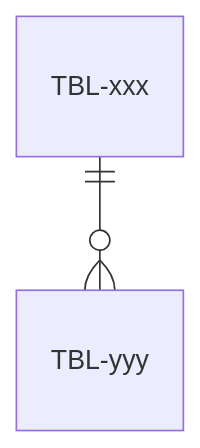
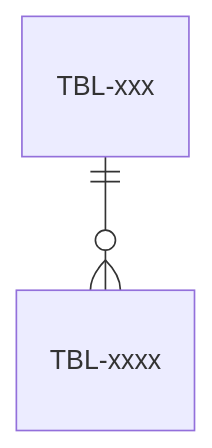
The diagram in families/design-system/design-architecture/templates/07-data/databases/{db}/erd.md (tankhangkm12/Thanh-Tan), drawn with Mermaid before and after one commit. The commit also changed 61 other files, not shown here.

````diff
--- a/families/design-system/design-architecture/templates/07-data/databases/{db}/erd.md
+++ b/families/design-system/design-architecture/templates/07-data/databases/{db}/erd.md
@@ -8,4 +8,4 @@
 ```mermaid
 erDiagram
-    TBL-xxx ||--o{ TBL-yyy : "<quan hệ>"
+    TBL-xxx ||--o{ TBL-xxxx : "<quan hệ>"
 ```
````
